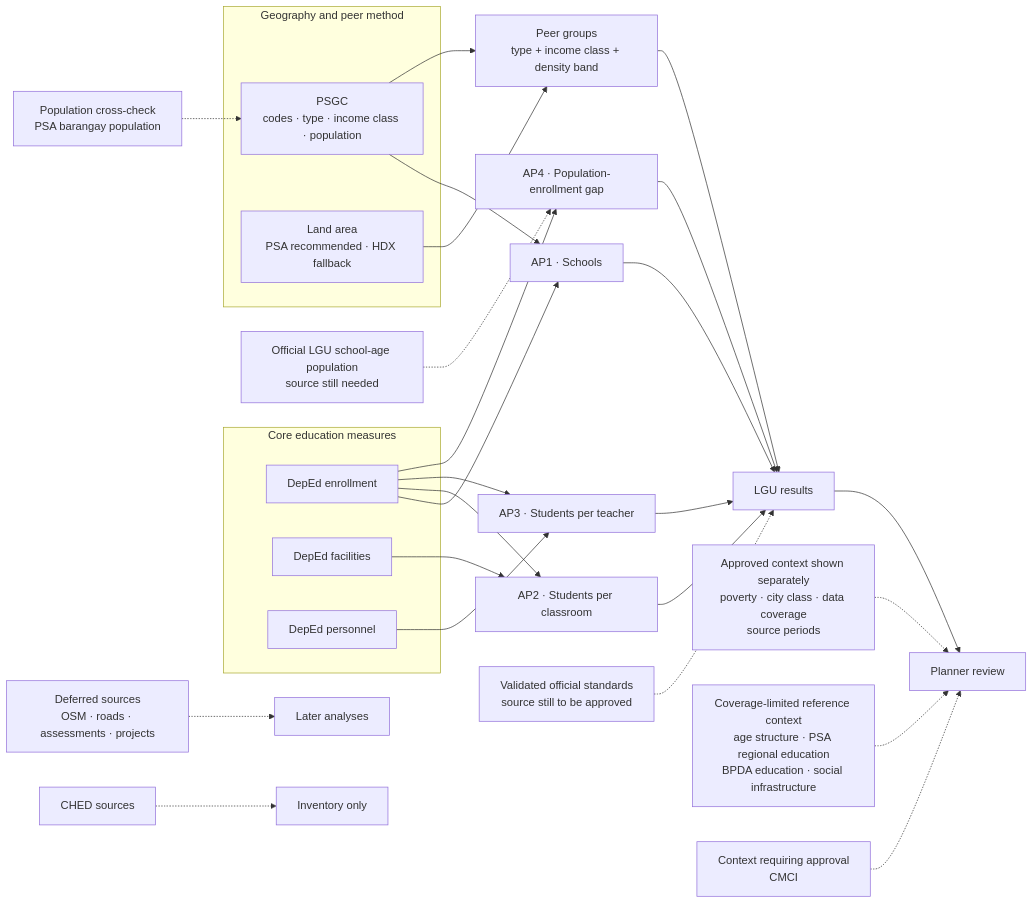
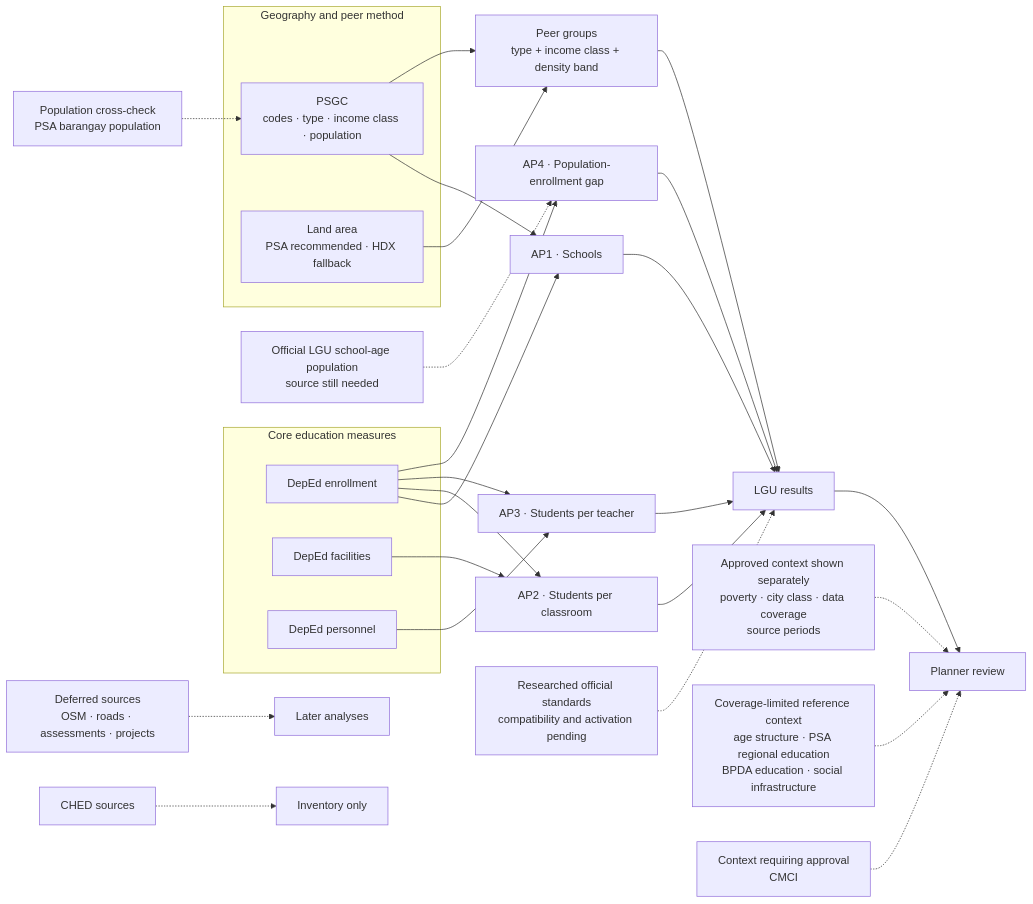
The first of 2 diagrams in docs/business/dataset-use-map.md (reached-hq/edu-access-intelligence), drawn with Mermaid before and after one commit. The commit also changed 2 other files, not shown here.

Commit message:
Clarify facilities terminology and metric readiness

````diff
--- a/docs/business/dataset-use-map.md
+++ b/docs/business/dataset-use-map.md
@@ -19,39 +19,39 @@
 ```mermaid
 flowchart LR
     subgraph CORE["Core education measures"]
         ENR["DepEd enrollment"]
         FAC["DepEd facilities"]
         PER["DepEd personnel"]
     end
 
     subgraph METHOD["Geography and peer method"]
     PSGC["PSGC<br/>codes · type · income class · population"]
     AREA["Land area<br/>PSA recommended · HDX fallback"]
     end
 
     ENR --> AP1["AP1 · Schools"]
     PSGC --> AP1
     ENR --> AP2["AP2 · Students per classroom"]
     FAC --> AP2
     ENR --> AP3["AP3 · Students per teacher"]
     PER --> AP3
     ENR --> AP4["AP4 · Population-enrollment gap"]
     AGE["Official LGU school-age population<br/>source still needed"] -.-> AP4
 
     PSGC --> PEERS["Peer groups<br/>type + income class + density band"]
     AREA --> PEERS
     AP1 --> RESULT["LGU results"]
     AP2 --> RESULT
     AP3 --> RESULT
     AP4 --> RESULT
     PEERS --> RESULT
-    STANDARD["Validated official standards<br/>source still to be approved"] -.-> RESULT
+    STANDARD["Researched official standards<br/>compatibility and activation pending"] -.-> RESULT
 
     CONTEXT["Approved context shown separately<br/>poverty · city class · data coverage<br/>source periods"] -.-> DASH["Planner review"]
     LIMITED["Coverage-limited reference context<br/>age structure · PSA regional education<br/>BPDA education · social infrastructure"] -.-> DASH
     CANDIDATE["Context requiring approval<br/>CMCI"] -.-> DASH
     POPCHECK["Population cross-check<br/>PSA barangay population"] -.-> PSGC
     RESULT --> DASH
     DEFER["Deferred sources<br/>OSM · roads · assessments · projects"] -.-> LATER["Later analyses"]
     EXCLUDED["CHED sources"] -.-> RECORD["Inventory only"]
 ```
````
